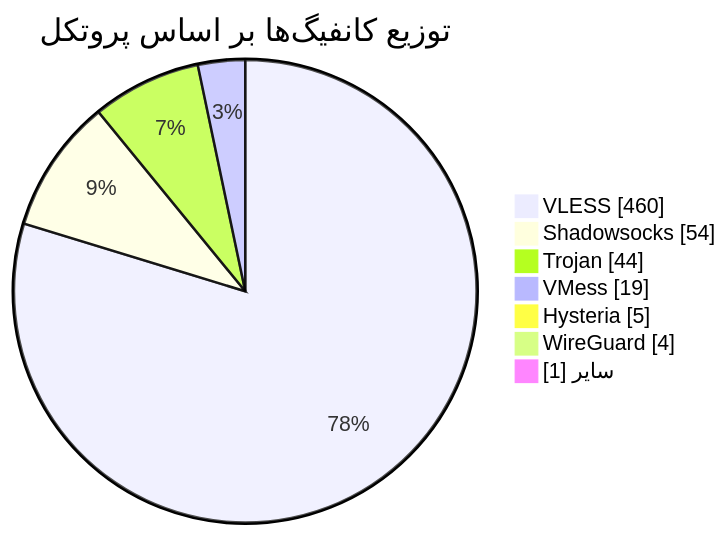
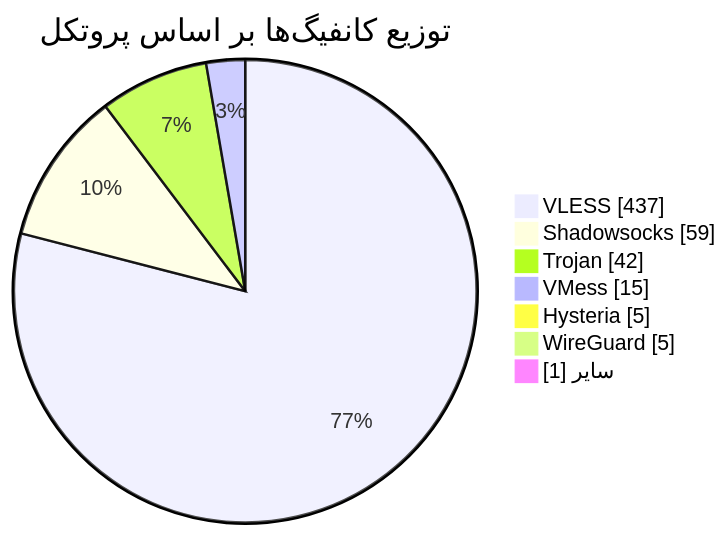
The diagram in README.md (Arian-Alijani/Somthing), drawn with Mermaid before and after one commit. The commit also changed other lines of this file and 19 other files, not shown here.

````diff
--- a/README.md
+++ b/README.md
@@ -49,11 +49,11 @@
 ```mermaid
 pie showData
     title توزیع کانفیگ‌ها بر اساس پروتکل
-    "VLESS" : 460
-    "Shadowsocks" : 54
-    "Trojan" : 44
-    "VMess" : 19
+    "VLESS" : 437
+    "Shadowsocks" : 59
+    "Trojan" : 42
+    "VMess" : 15
     "Hysteria" : 5
-    "WireGuard" : 4
+    "WireGuard" : 5
     "سایر" : 1
 ```
````
